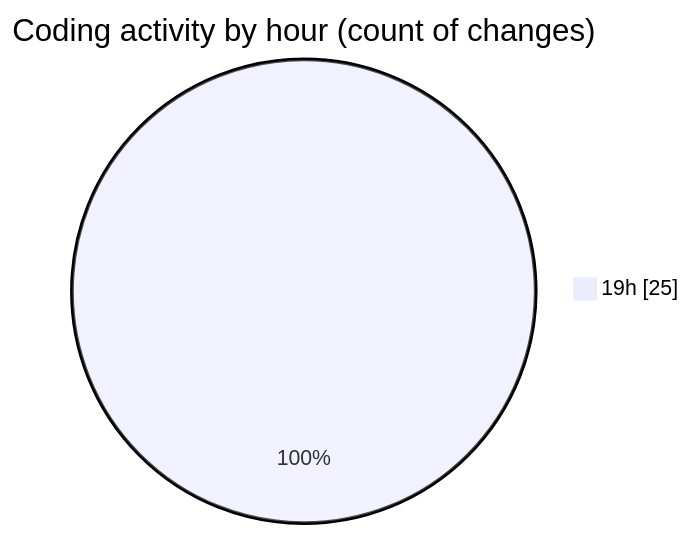
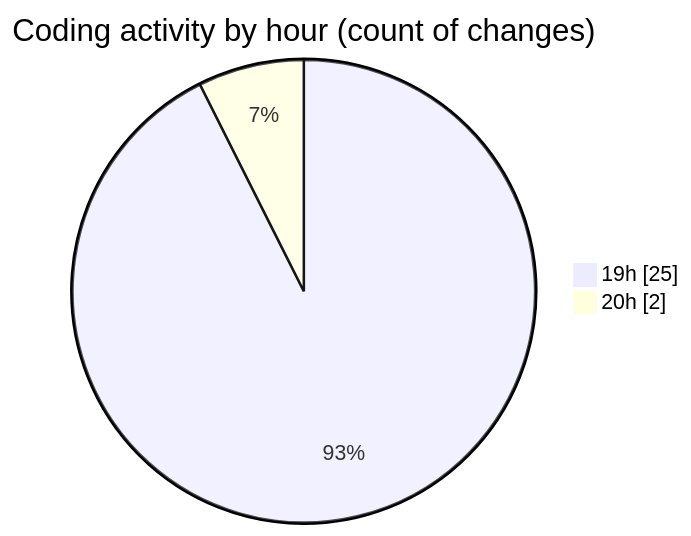
The second of 2 diagrams in 2025-06-09/studio-backend/README.md (idhammustaqopulfikri/code-tracking), drawn with Mermaid before and after one commit. The commit also changed other lines of this file and 1 other file, not shown here.

````diff
--- a/2025-06-09/studio-backend/README.md
+++ b/2025-06-09/studio-backend/README.md
@@ -34,5 +35,6 @@
 ```mermaid
 pie showData
 title Coding activity by hour (count of changes)
 "19h" : 25
+"20h" : 2
 ```
````
